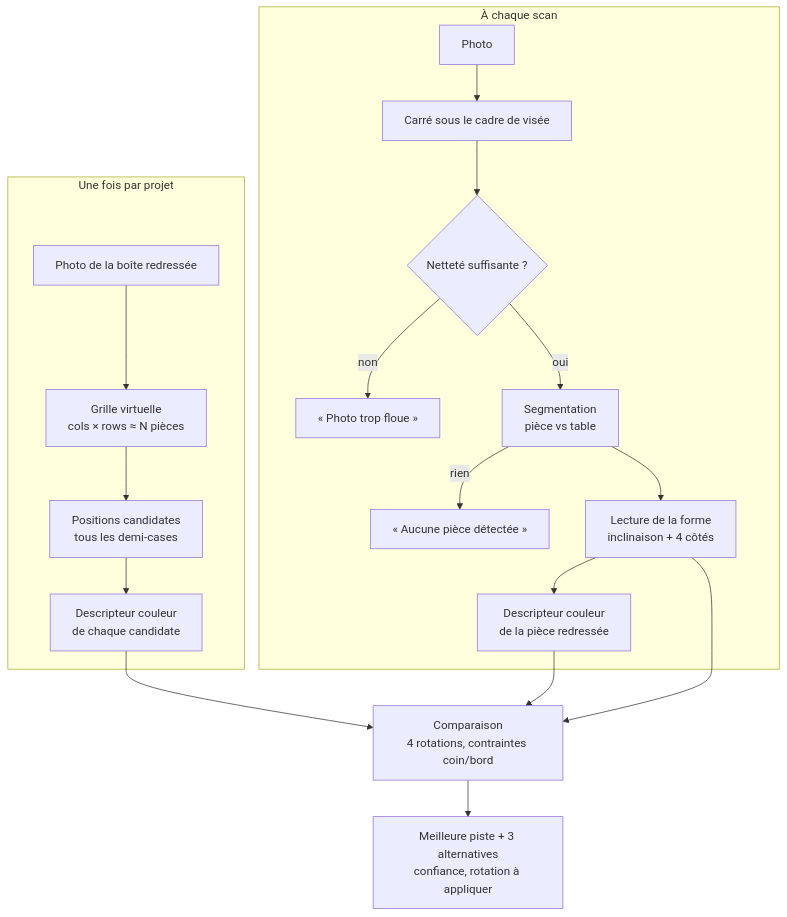
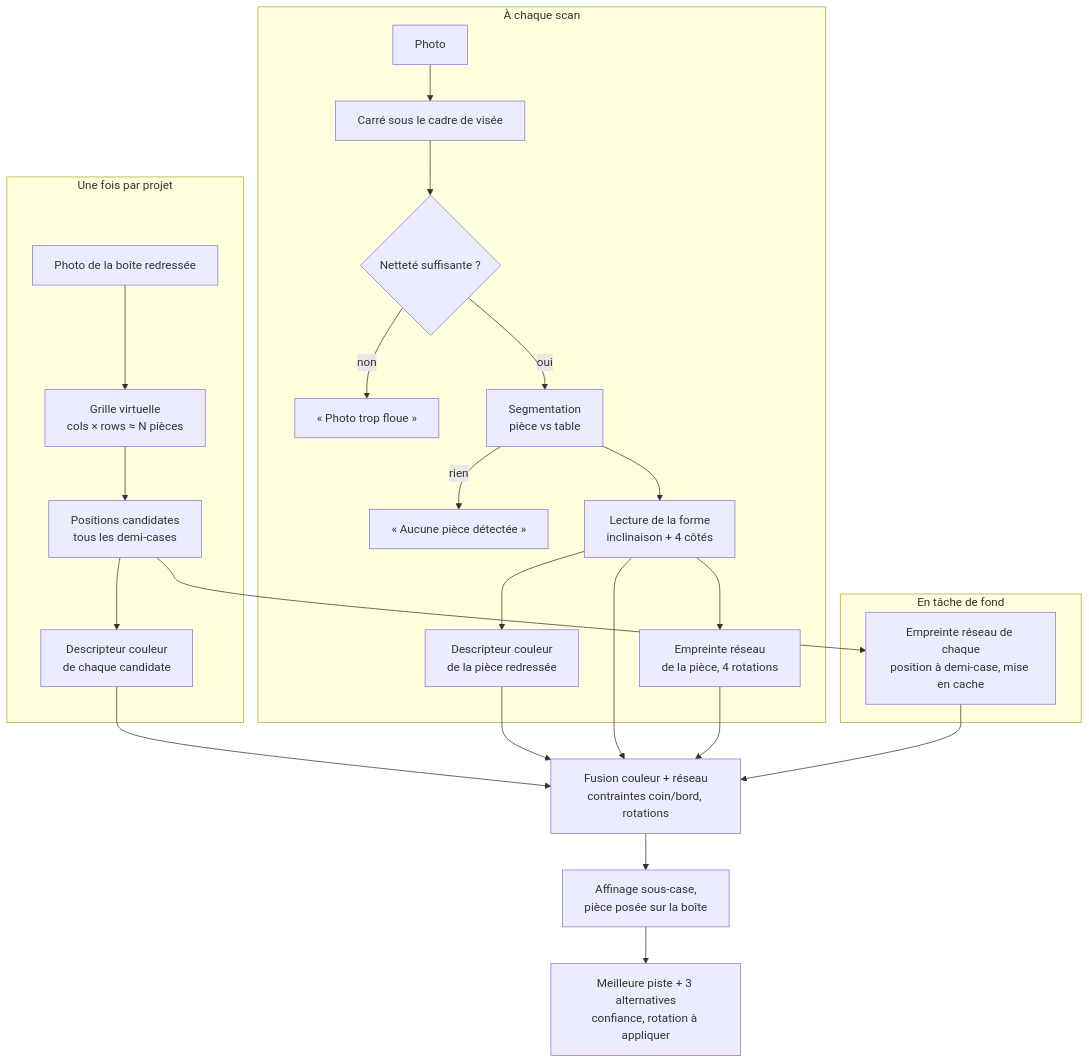
The diagram in documentation/01-vue-ensemble.md (LilyanLefevre/PuzzleHelper), drawn with Mermaid before and after one commit. The commit also changed other lines of this file and 9 other files, not shown here.

````diff
--- a/documentation/01-vue-ensemble.md
+++ b/documentation/01-vue-ensemble.md
@@ -17,21 +17,28 @@
 ```mermaid
 flowchart TB
     subgraph Boîte[Une fois par projet]
         B[Photo de la boîte redressée] --> G[Grille virtuelle<br/>cols × rows ≈ N pièces]
         G --> C[Positions candidates<br/>tous les demi-cases]
         C --> DC[Descripteur couleur<br/>de chaque candidate]
     end
     subgraph Pièce[À chaque scan]
         P[Photo] --> Q[Carré sous le cadre de visée]
         Q --> N{Netteté suffisante ?}
         N -- non --> F[« Photo trop floue »]
         N -- oui --> S[Segmentation<br/>pièce vs table]
         S -- rien --> X[« Aucune pièce détectée »]
         S --> FO[Lecture de la forme<br/>inclinaison + 4 côtés]
         FO --> DP[Descripteur couleur<br/>de la pièce redressée]
+        FO --> EP[Empreinte réseau<br/>de la pièce, 4 rotations]
     end
-    DC --> M[Comparaison<br/>4 rotations, contraintes coin/bord]
+    subgraph Index[En tâche de fond]
+        C --> EB[Empreinte réseau de chaque<br/>position à demi-case, mise en cache]
+    end
+    DC --> M[Fusion couleur + réseau<br/>contraintes coin/bord, rotations]
     DP --> M
     FO --> M
-    M --> R[Meilleure piste + 3 alternatives<br/>confiance, rotation à appliquer]
+    EP --> M
+    EB --> M
+    M --> RF[Affinage sous-case,<br/>pièce posée sur la boîte]
+    RF --> R[Meilleure piste + 3 alternatives<br/>confiance, rotation à appliquer]
 ```
````
